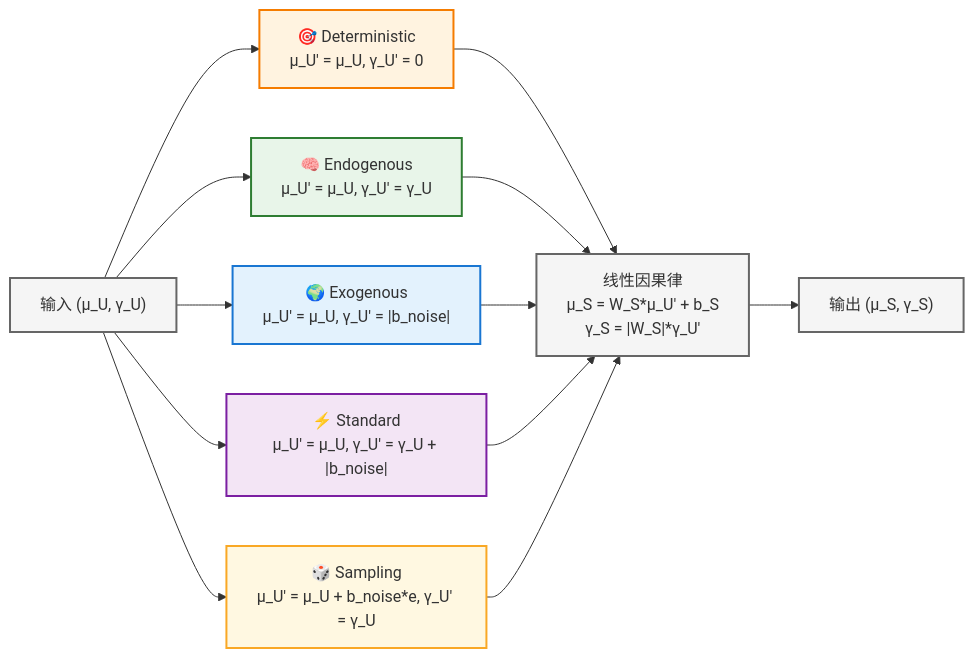
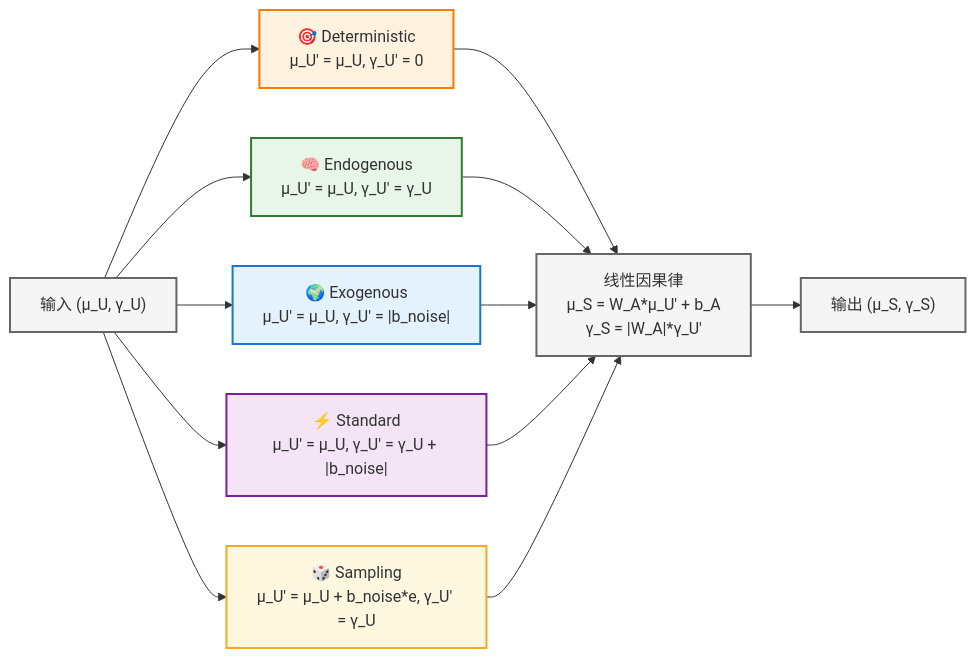
The second of 3 diagrams in docs/sklearn_causal_engine_design.md (1587causalai/CausalQwen), drawn with Mermaid before and after one commit. The commit also changed other lines of this file and 30 other files, not shown here.

````diff
--- a/docs/sklearn_causal_engine_design.md
+++ b/docs/sklearn_causal_engine_design.md
@@ -51,34 +53,34 @@
 ```mermaid
 flowchart LR
     Input["输入 (μ_U, γ_U)"]
     
     Deterministic["🎯 Deterministic<br/>μ_U' = μ_U, γ_U' = 0"]
     Endogenous["🧠 Endogenous<br/>μ_U' = μ_U, γ_U' = γ_U"]
     Exogenous["🌍 Exogenous<br/>μ_U' = μ_U, γ_U' = |b_noise|"]
     Standard["⚡ Standard<br/>μ_U' = μ_U, γ_U' = γ_U + |b_noise|"]
     Sampling["🎲 Sampling<br/>μ_U' = μ_U + b_noise*e, γ_U' = γ_U"]
 
-    CausalLaw["线性因果律<br/>μ_S = W_S*μ_U' + b_S<br/>γ_S = |W_S|*γ_U'"]
+    CausalLaw["线性因果律<br/>μ_S = W_A*μ_U' + b_A<br/>γ_S = |W_A|*γ_U'"]
     Output["输出 (μ_S, γ_S)"]
 
     Input --> Deterministic --> CausalLaw
     Input --> Endogenous --> CausalLaw
     Input --> Exogenous --> CausalLaw
     Input --> Standard --> CausalLaw
     Input --> Sampling --> CausalLaw
     CausalLaw --> Output
 
     classDef deterministicStyle fill:#fff3e0,stroke:#f57c00,stroke-width:2px
     classDef exogenousStyle fill:#e3f2fd,stroke:#1976d2,stroke-width:2px
     classDef endogenousStyle fill:#e8f5e9,stroke:#2e7d32,stroke-width:2px
     classDef standardStyle fill:#f3e5f5,stroke:#7b1fa2,stroke-width:2px
     classDef samplingStyle fill:#fff8e1,stroke:#f9a825,stroke-width:2px
     classDef commonStyle fill:#f5f5f5,stroke:#666,stroke-width:2px
 
     class Deterministic deterministicStyle
     class Endogenous endogenousStyle
     class Exogenous exogenousStyle
     class Standard standardStyle
     class Sampling samplingStyle
     class Input,CausalLaw,Output commonStyle
 ```
````
